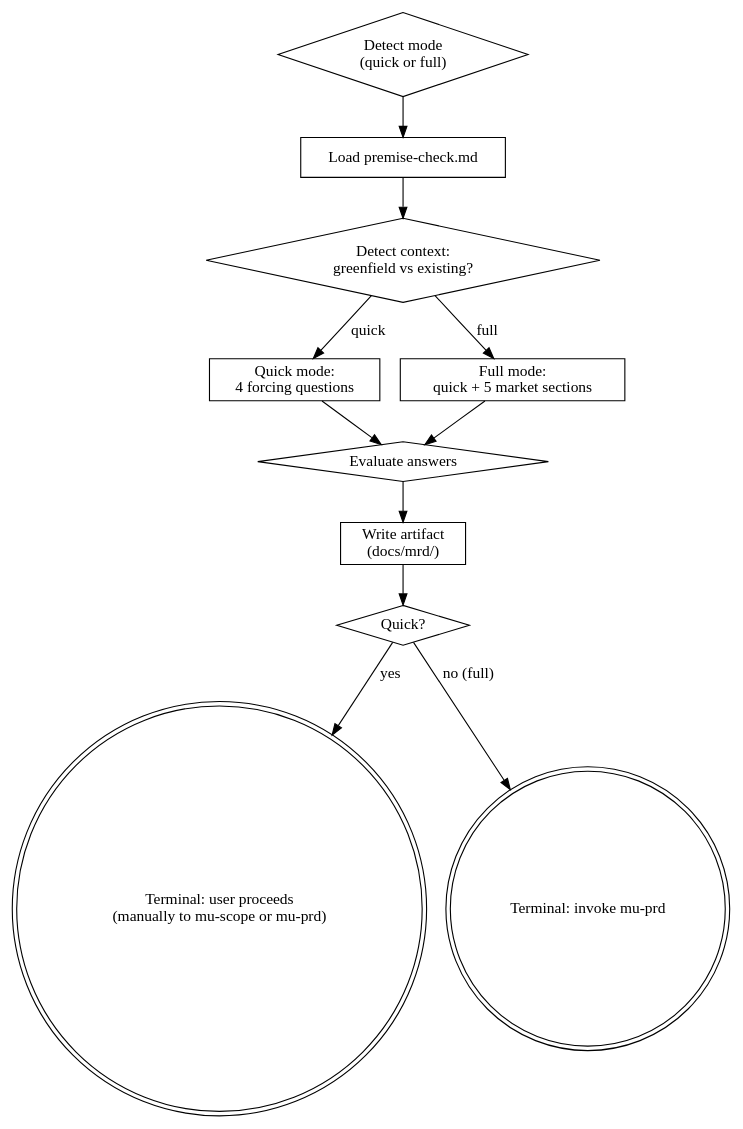
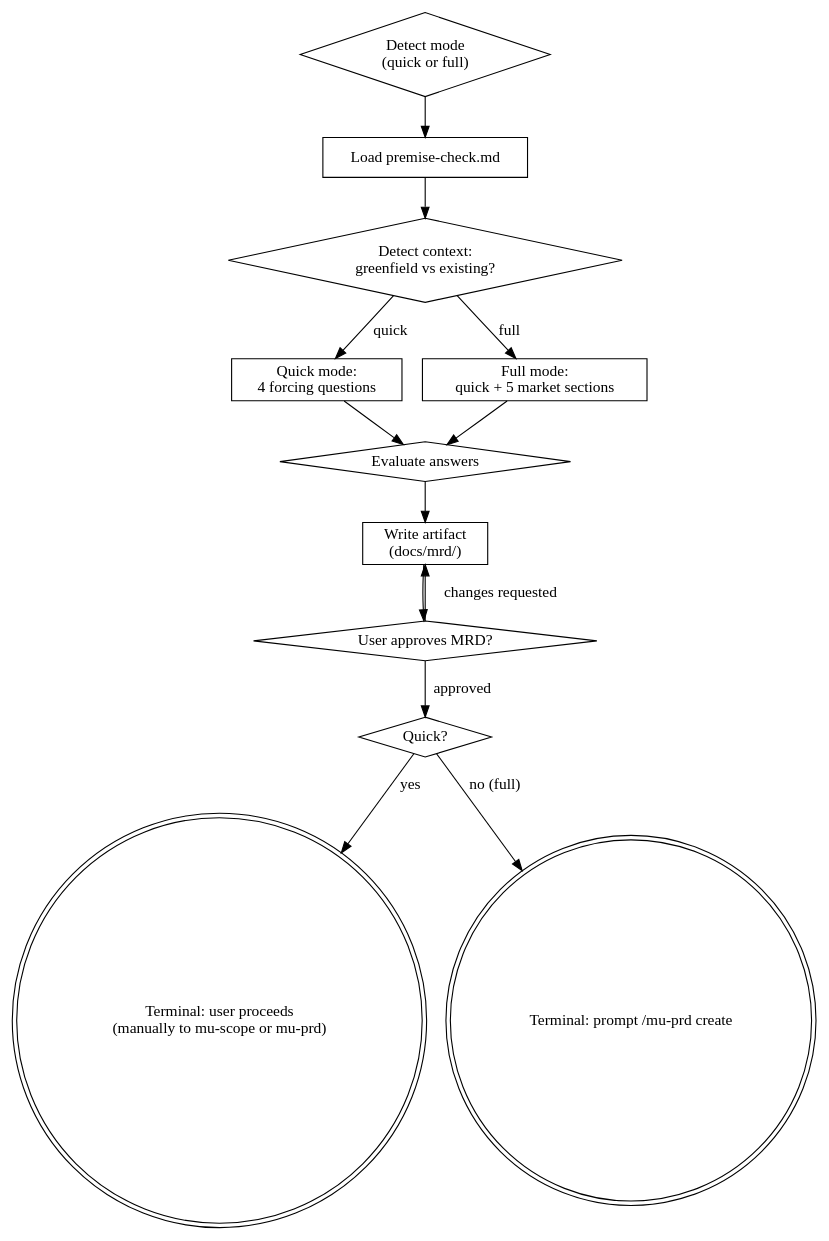
Before and after one commit to knotmark-ai/devmuse: the diagram in skills/mu-mrd/SKILL.md, drawn with Graphviz. The commit also changed other lines of this file and 6 other files, not shown here.

````diff
--- a/skills/mu-mrd/SKILL.md
+++ b/skills/mu-mrd/SKILL.md
@@ -72,25 +72,28 @@
 ```dot
 digraph mu_mrd {
     "Detect mode\n(quick or full)" [shape=diamond];
     "Load premise-check.md" [shape=box];
     "Detect context:\ngreenfield vs existing?" [shape=diamond];
     "Quick mode:\n4 forcing questions" [shape=box];
     "Full mode:\nquick + 5 market sections" [shape=box];
     "Evaluate answers" [shape=diamond];
     "Write artifact\n(docs/mrd/)" [shape=box];
     "Quick?" [shape=diamond];
     "Terminal: user proceeds\n(manually to mu-scope or mu-prd)" [shape=doublecircle];
-    "Terminal: invoke mu-prd" [shape=doublecircle];
+    "Terminal: prompt /mu-prd create" [shape=doublecircle];
 
     "Detect mode\n(quick or full)" -> "Load premise-check.md";
     "Load premise-check.md" -> "Detect context:\ngreenfield vs existing?";
     "Detect context:\ngreenfield vs existing?" -> "Quick mode:\n4 forcing questions" [label="quick"];
     "Detect context:\ngreenfield vs existing?" -> "Full mode:\nquick + 5 market sections" [label="full"];
     "Quick mode:\n4 forcing questions" -> "Evaluate answers";
     "Full mode:\nquick + 5 market sections" -> "Evaluate answers";
+    "User approves MRD?" [shape=diamond];
     "Evaluate answers" -> "Write artifact\n(docs/mrd/)";
-    "Write artifact\n(docs/mrd/)" -> "Quick?";
+    "Write artifact\n(docs/mrd/)" -> "User approves MRD?";
+    "User approves MRD?" -> "Write artifact\n(docs/mrd/)" [label="changes requested"];
+    "User approves MRD?" -> "Quick?" [label="approved"];
     "Quick?" -> "Terminal: user proceeds\n(manually to mu-scope or mu-prd)" [label="yes"];
-    "Quick?" -> "Terminal: invoke mu-prd" [label="no (full)"];
+    "Quick?" -> "Terminal: prompt /mu-prd create" [label="no (full)"];
 }
 ```
````
